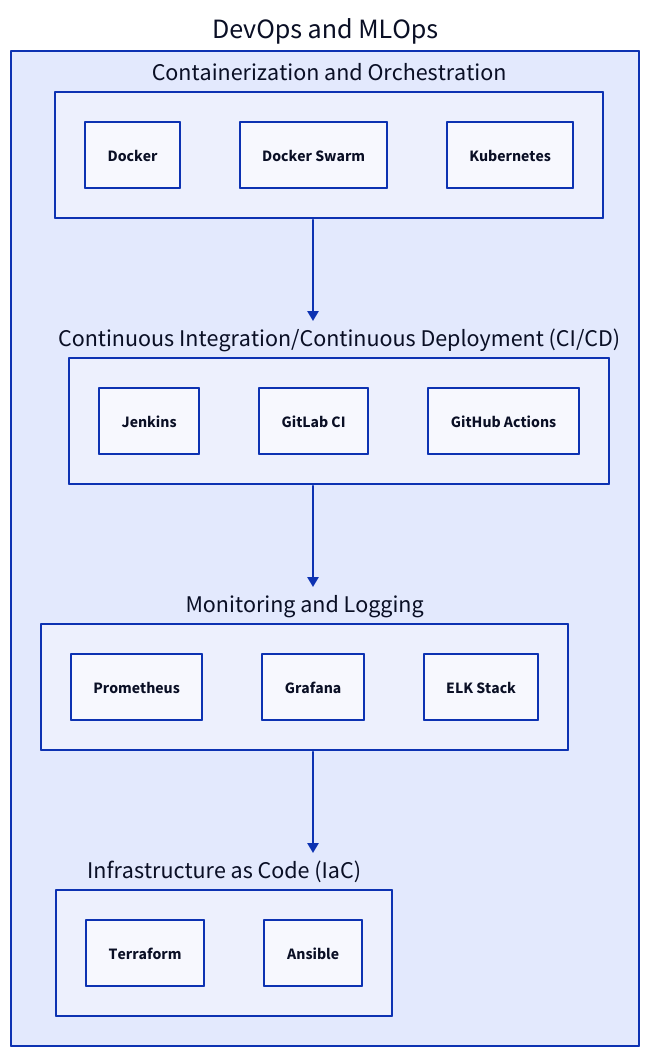
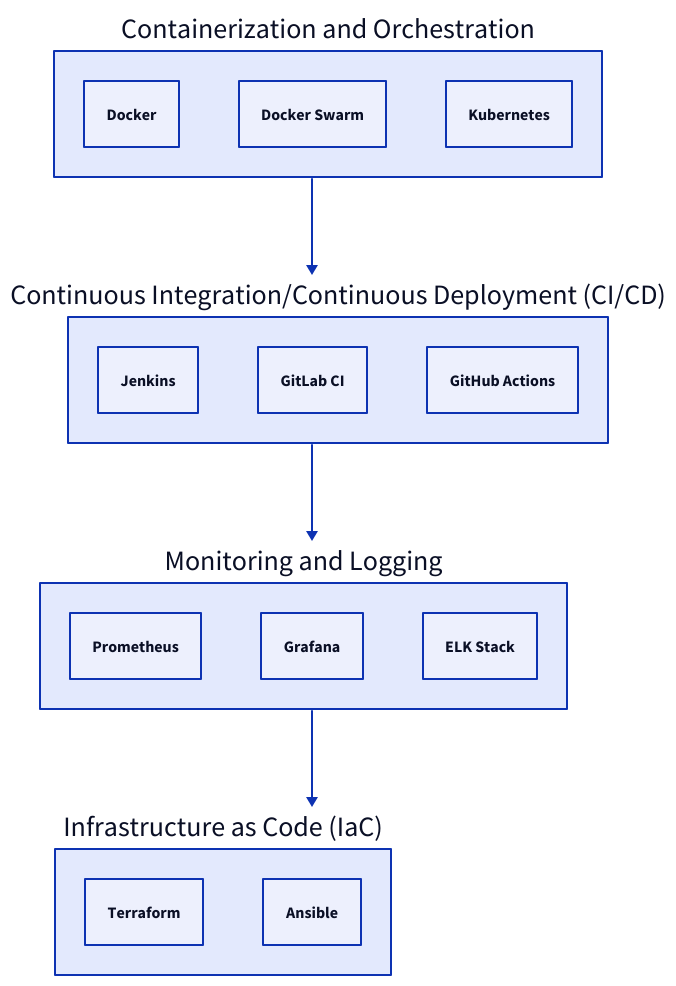
The diagram in blogs/computer-vision-road-map/devops_mlops.d2 (maycuatroi/blog), drawn with D2 before and after one commit. The commit also changed other lines of this file and 21 other files, not shown here.

Commit message:
- update roadmap

```diff
--- a/blogs/computer-vision-road-map/devops_mlops.d2
+++ b/blogs/computer-vision-road-map/devops_mlops.d2
@@ -1,56 +1,53 @@
+label: "DevOps and MLOps"
 
-devops_mlops: {
-    label: "DevOps and MLOps"
-  
-    ci_cd: {
-      label: "Continuous Integration/Continuous Deployment (CI/CD)"
-      jenkins: {
-        label: "Jenkins"
-      }
-      gitlab_ci: {
-        label: "GitLab CI"
-      }
-      github_actions: {
-        label: "GitHub Actions"
-      }
-    }
-  
-    containerization_orchestration: {
-      label: "Containerization and Orchestration"
-      docker: {
-        label: "Docker"
-      }
-      docker_swarm: {
-        label: "Docker Swarm"
-      }
-      kubernetes: {
-        label: "Kubernetes"
-      }
-    }
-  
-    monitoring_logging: {
-      label: "Monitoring and Logging"
-      prometheus: {
-        label: "Prometheus"
-      }
-      grafana: {
-        label: "Grafana"
-      }
-      elk_stack: {
-        label: "ELK Stack"
-      }
-    }
-  
-    iac: {
-      label: "Infrastructure as Code (IaC)"
-      terraform: {
-        label: "Terraform"
-      }
-      ansible: {
-        label: "Ansible"
-      }
-    }
-    containerization_orchestration -> ci_cd
-    ci_cd -> monitoring_logging
-    monitoring_logging -> iac
+ci_cd: {
+  label: "Continuous Integration/Continuous Deployment (CI/CD)"
+  jenkins: {
+    label: "Jenkins"
   }
+  gitlab_ci: {
+    label: "GitLab CI"
+  }
+  github_actions: {
+    label: "GitHub Actions"
+  }
+}
+
+containerization_orchestration: {
+  label: "Containerization and Orchestration"
+  docker: {
+    label: "Docker"
+  }
+  docker_swarm: {
+    label: "Docker Swarm"
+  }
+  kubernetes: {
+    label: "Kubernetes"
+  }
+}
+
+monitoring_logging: {
+  label: "Monitoring and Logging"
+  prometheus: {
+    label: "Prometheus"
+  }
+  grafana: {
+    label: "Grafana"
+  }
+  elk_stack: {
+    label: "ELK Stack"
+  }
+}
+
+iac: {
+  label: "Infrastructure as Code (IaC)"
+  terraform: {
+    label: "Terraform"
+  }
+  ansible: {
+    label: "Ansible"
+  }
+}
+containerization_orchestration -> ci_cd
+ci_cd -> monitoring_logging
+monitoring_logging -> iac
```
